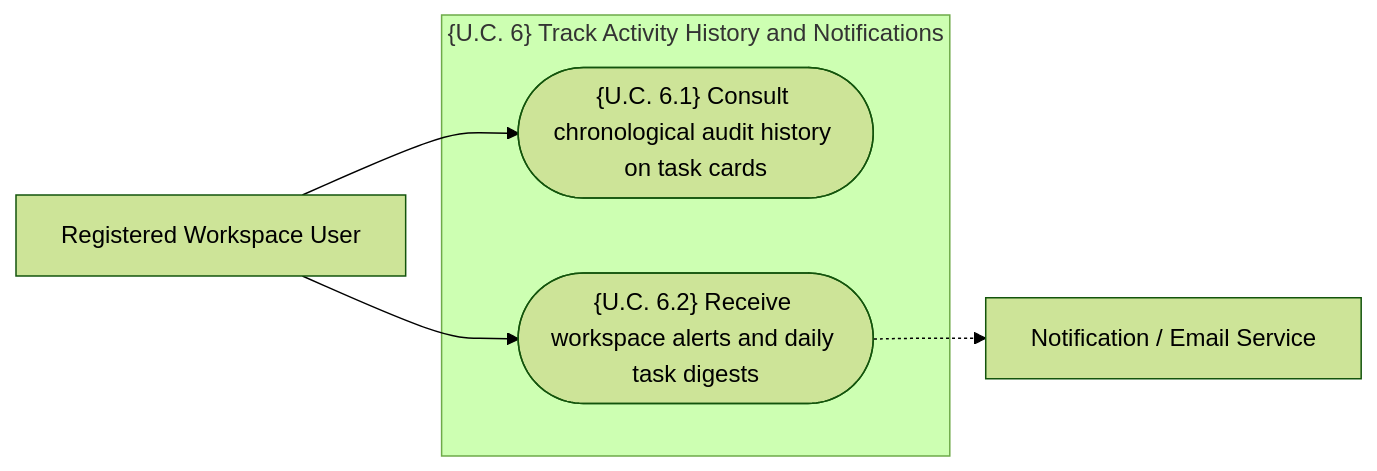
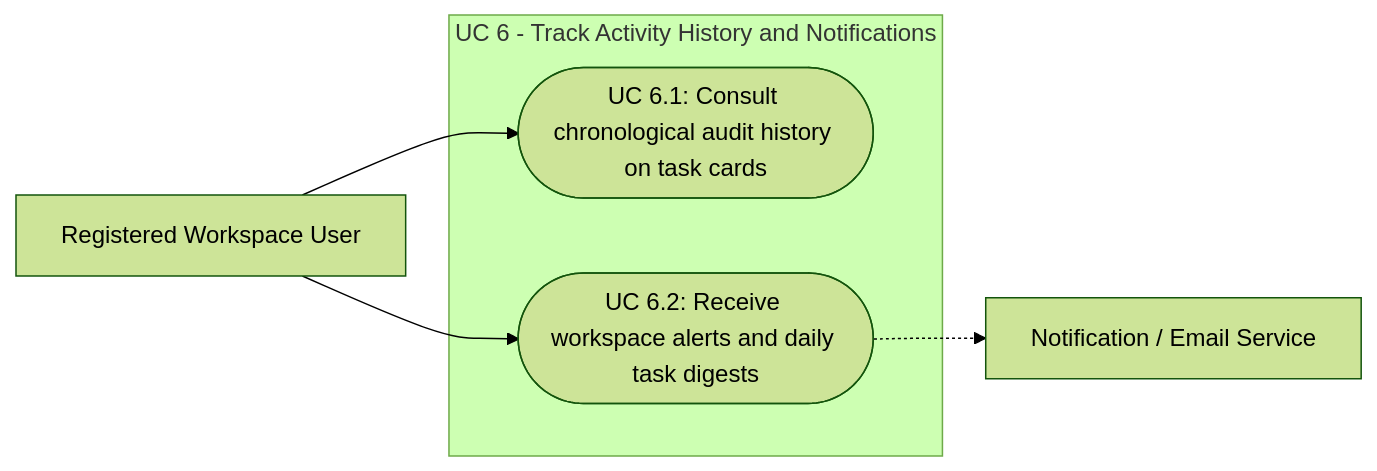
One commit to pauloribeiro16/aegis-mvp changed the seventh of 9 diagrams in cases/Case_01_TinyTask_SaaS/03_PHASE3_SPEC/Doc02_System_Use_Cases.md. Above: the diagram before and after it, drawn with Mermaid (forest theme). The commit also changed other lines of this file and 1 other file, not shown here.

Commit message:
fix(phase3): remove sequence diagrams and use clean error-free UML Use Case diagrams in Doc02

````diff
--- a/cases/Case_01_TinyTask_SaaS/03_PHASE3_SPEC/Doc02_System_Use_Cases.md
+++ b/cases/Case_01_TinyTask_SaaS/03_PHASE3_SPEC/Doc02_System_Use_Cases.md
@@ -903,14 +619,14 @@
 ```mermaid
 flowchart LR
     User["Registered Workspace User"]
     Email["Notification / Email Service"]
 
-    subgraph UC6_Cluster["{U.C. 6} Track Activity History and Notifications"]
-        UC6_1(["{U.C. 6.1} Consult chronological audit history on task cards"])
-        UC6_2(["{U.C. 6.2} Receive workspace alerts and daily task digests"])
+    subgraph UC6_Cluster ["UC 6 - Track Activity History and Notifications"]
+        UC6_1(["UC 6.1: Consult chronological audit history on task cards"])
+        UC6_2(["UC 6.2: Receive workspace alerts and daily task digests"])
     end
 
     User --> UC6_1
     User --> UC6_2
     UC6_2 -.-> Email
 ```
````
